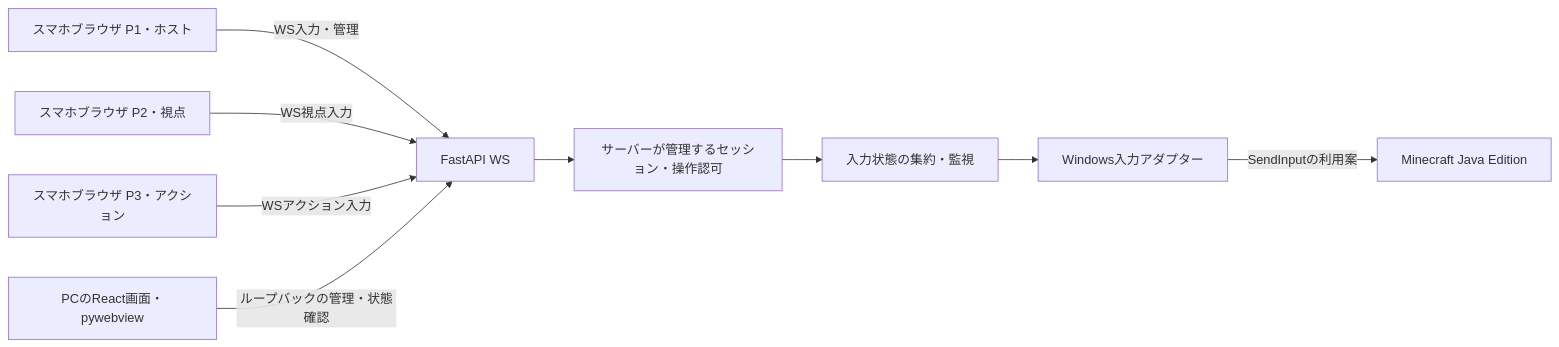
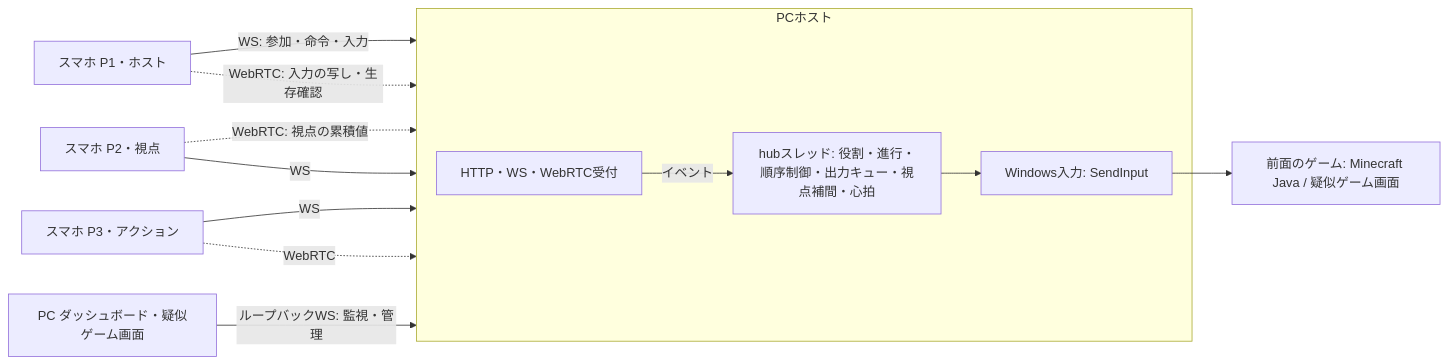
The diagram in docs/architecture/system-design.md (jphacks/kz_2613), drawn with Mermaid before and after one commit. The commit also changed other lines of this file and 19 other files, not shown here.

````diff
--- a/docs/architecture/system-design.md
+++ b/docs/architecture/system-design.md
@@ -5,11 +9,15 @@
 ```mermaid
 flowchart LR
-  P1[スマホブラウザ P1・ホスト] -->|WS入力・管理| API[FastAPI WS]
-  P2[スマホブラウザ P2・視点] -->|WS視点入力| API
-  P3[スマホブラウザ P3・アクション] -->|WSアクション入力| API
-  PC[PCのReact画面・pywebview] -->|ループバックの管理・状態確認| API
-  API --> S[サーバーが管理するセッション・操作認可]
-  S --> I[入力状態の集約・監視]
-  I --> W[Windows入力アダプター]
-  W -->|SendInputの利用案| MC[Minecraft Java Edition]
+  P1[スマホ P1・ホスト] -->|WS: 参加・命令・入力| H
+  P1 -.->|WebRTC: 入力の写し・生存確認| H
+  P2[スマホ P2・視点] -.->|WebRTC: 視点の累積値| H
+  P2 -->|WS| H
+  P3[スマホ P3・アクション] -->|WS| H
+  P3 -.->|WebRTC| H
+  D[PC ダッシュボード・疑似ゲーム画面] -->|ループバックWS: 監視・管理| H
+  subgraph H[PCホスト]
+    N[HTTP・WS・WebRTC受付] -->|イベント| HUB[hubスレッド: 役割・進行・順序制御・出力キュー・視点補間・心拍]
+    HUB --> W[Windows入力: SendInput]
+  end
+  W --> MC[前面のゲーム: Minecraft Java / 疑似ゲーム画面]
 ```
````
